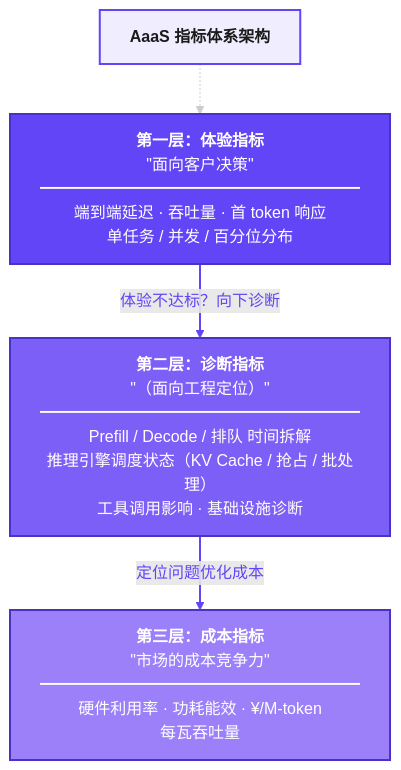
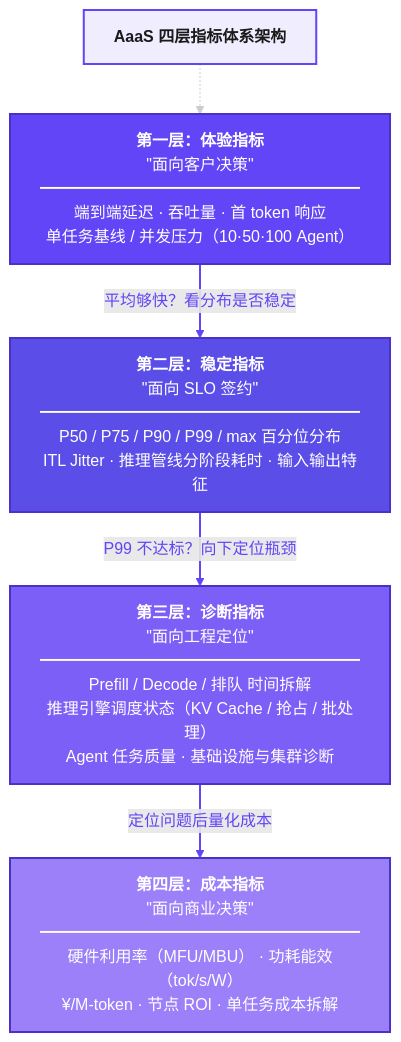
The diagram in AaaS 验证平台/AaaS指标报告模板.md (hanjoycai/42Vector-obsidian), drawn with Mermaid before and after one commit. The commit also changed other lines of this file and 4 other files, not shown here.

````diff
--- a/AaaS 验证平台/AaaS指标报告模板.md
+++ b/AaaS 验证平台/AaaS指标报告模板.md
@@ -163,22 +164,27 @@
 ```mermaid
 flowchart TB
-    title["<b>AaaS 指标体系架构</b>"]
+    title["<b>AaaS 四层指标体系架构</b>"]
     style title fill:#f0edff,stroke:#6245f6,stroke-width:2px,color:#1a1a1a
 
-    L1["<b>第一层：体验指标</b><br/>&quot;面向客户决策&quot;<br/>━━━━━━━━━━━━━━━━━━━━<br/>端到端延迟 · 吞吐量 · 首 token 响应<br/>单任务 / 并发 / 百分位分布"]
+    L1["<b>第一层：体验指标</b><br/>&quot;面向客户决策&quot;<br/>━━━━━━━━━━━━━━━━━━━━<br/>端到端延迟 · 吞吐量 · 首 token 响应<br/>单任务基线 / 并发压力（10·50·100 Agent）"]
     style L1 fill:#6245f6,stroke:#4a32c9,stroke-width:2px,color:#ffffff
 
-    L2["<b>第二层：诊断指标</b><br/>&quot;（面向工程定位）&quot;<br/>━━━━━━━━━━━━━━━━━━━━<br/>Prefill / Decode / 排队 时间拆解<br/>推理引擎调度状态（KV Cache / 抢占 / 批处理）<br/>工具调用影响 · 基础设施诊断"]
+    L1b["<b>第二层：稳定指标</b><br/>&quot;面向 SLO 签约&quot;<br/>━━━━━━━━━━━━━━━━━━━━<br/>P50 / P75 / P90 / P99 / max 百分位分布<br/>ITL Jitter · 推理管线分阶段耗时 · 输入输出特征"]
+    style L1b fill:#5a4de8,stroke:#4a32c9,stroke-width:2px,color:#ffffff
+
+    L2["<b>第三层：诊断指标</b><br/>&quot;面向工程定位&quot;<br/>━━━━━━━━━━━━━━━━━━━━<br/>Prefill / Decode / 排队 时间拆解<br/>推理引擎调度状态（KV Cache / 抢占 / 批处理）<br/>Agent 任务质量 · 基础设施与集群诊断"]
     style L2 fill:#7c5ff7,stroke:#4a32c9,stroke-width:2px,color:#ffffff
 
-    L3["<b>第三层：成本指标</b><br/>&quot;市场的成本竞争力&quot;<br/>━━━━━━━━━━━━━━━━━━━━<br/>硬件利用率 · 功耗能效 · ¥/M-token<br/>每瓦吞吐量"]
+    L3["<b>第四层：成本指标</b><br/>&quot;面向商业决策&quot;<br/>━━━━━━━━━━━━━━━━━━━━<br/>硬件利用率（MFU/MBU） · 功耗能效（tok/s/W）<br/>¥/M-token · 节点 ROI · 单任务成本拆解"]
     style L3 fill:#9b80f9,stroke:#4a32c9,stroke-width:2px,color:#ffffff
 
     title -.-> L1
-    L1 -->|"体验不达标？向下诊断"| L2
-    L2 -->|"定位问题优化成本"| L3
+    L1 -->|"平均够快？看分布是否稳定"| L1b
+    L1b -->|"P99 不达标？向下定位瓶颈"| L2
+    L2 -->|"定位问题后量化成本"| L3
 
     linkStyle 0 stroke:#cccccc,stroke-width:1px
     linkStyle 1 stroke:#6245f6,stroke-width:2px,color:#6245f6
     linkStyle 2 stroke:#6245f6,stroke-width:2px,color:#6245f6
+    linkStyle 3 stroke:#6245f6,stroke-width:2px,color:#6245f6
 ```
````
